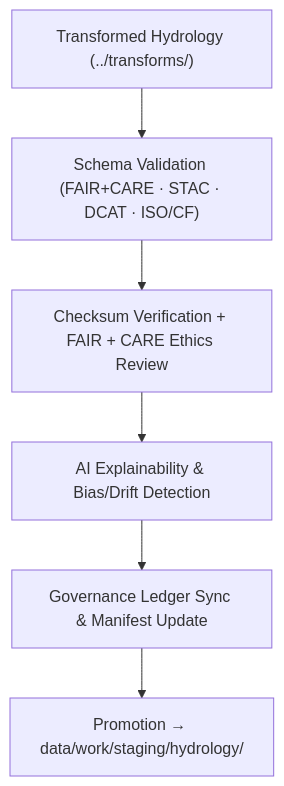
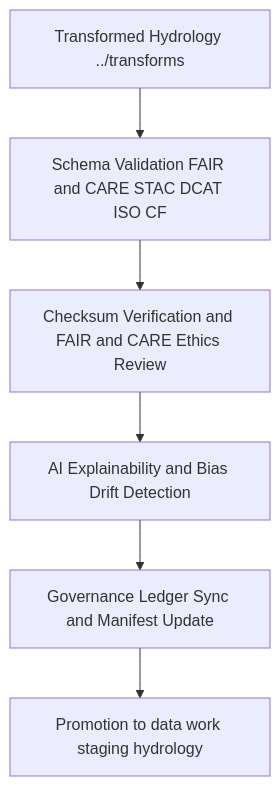
Before and after one commit to bartytime4life/Kansas-Frontier-Matrix: the diagram in data/work/tmp/hydrology/validation/README.md, drawn with Mermaid. The commit also changed other lines of this file, not shown here.

````diff
--- a/data/work/tmp/hydrology/validation/README.md
+++ b/data/work/tmp/hydrology/validation/README.md
@@ -67,8 +73,8 @@
 ```mermaid
 flowchart TD
-    A["Transformed Hydrology (../transforms/)"] --> B["Schema Validation (FAIR+CARE · STAC · DCAT · ISO/CF)"]
-    B --> C["Checksum Verification + FAIR + CARE Ethics Review"]
-    C --> D["AI Explainability & Bias/Drift Detection"]
-    D --> E["Governance Ledger Sync & Manifest Update"]
-    E --> F["Promotion → data/work/staging/hydrology/"]
+    A["Transformed Hydrology ../transforms"] --> B["Schema Validation FAIR and CARE STAC DCAT ISO CF"]
+    B --> C["Checksum Verification and FAIR and CARE Ethics Review"]
+    C --> D["AI Explainability and Bias Drift Detection"]
+    D --> E["Governance Ledger Sync and Manifest Update"]
+    E --> F["Promotion to data work staging hydrology"]
 ```
````
